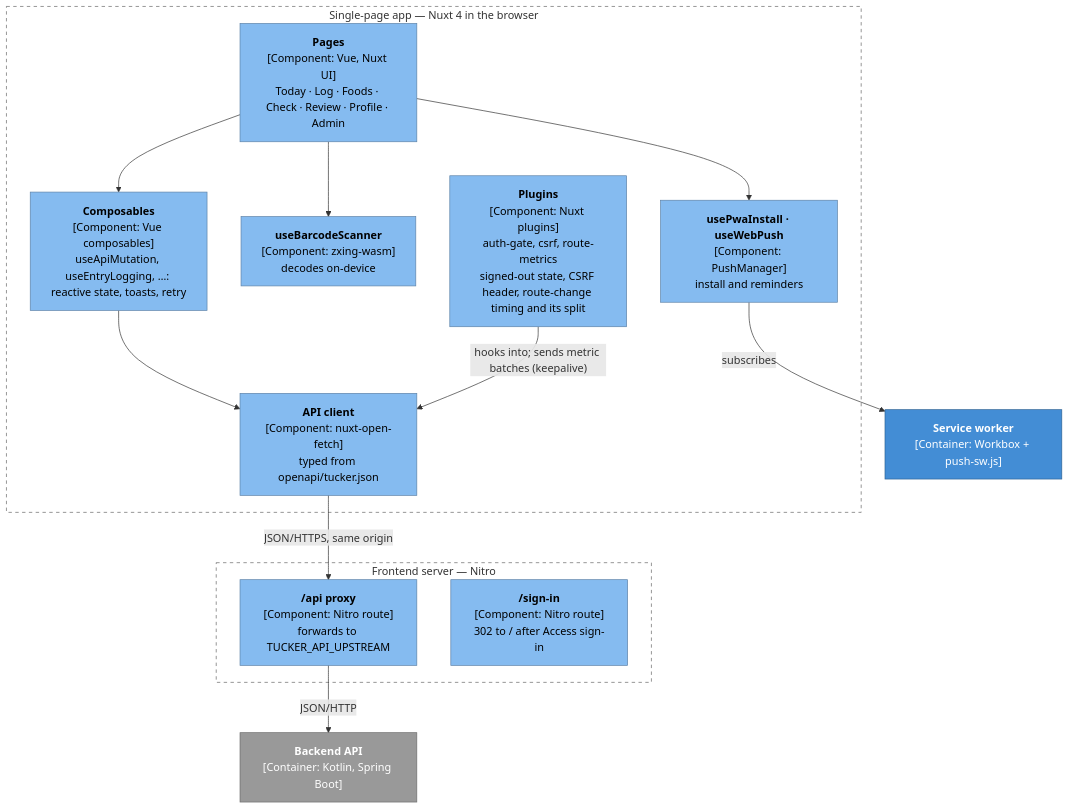
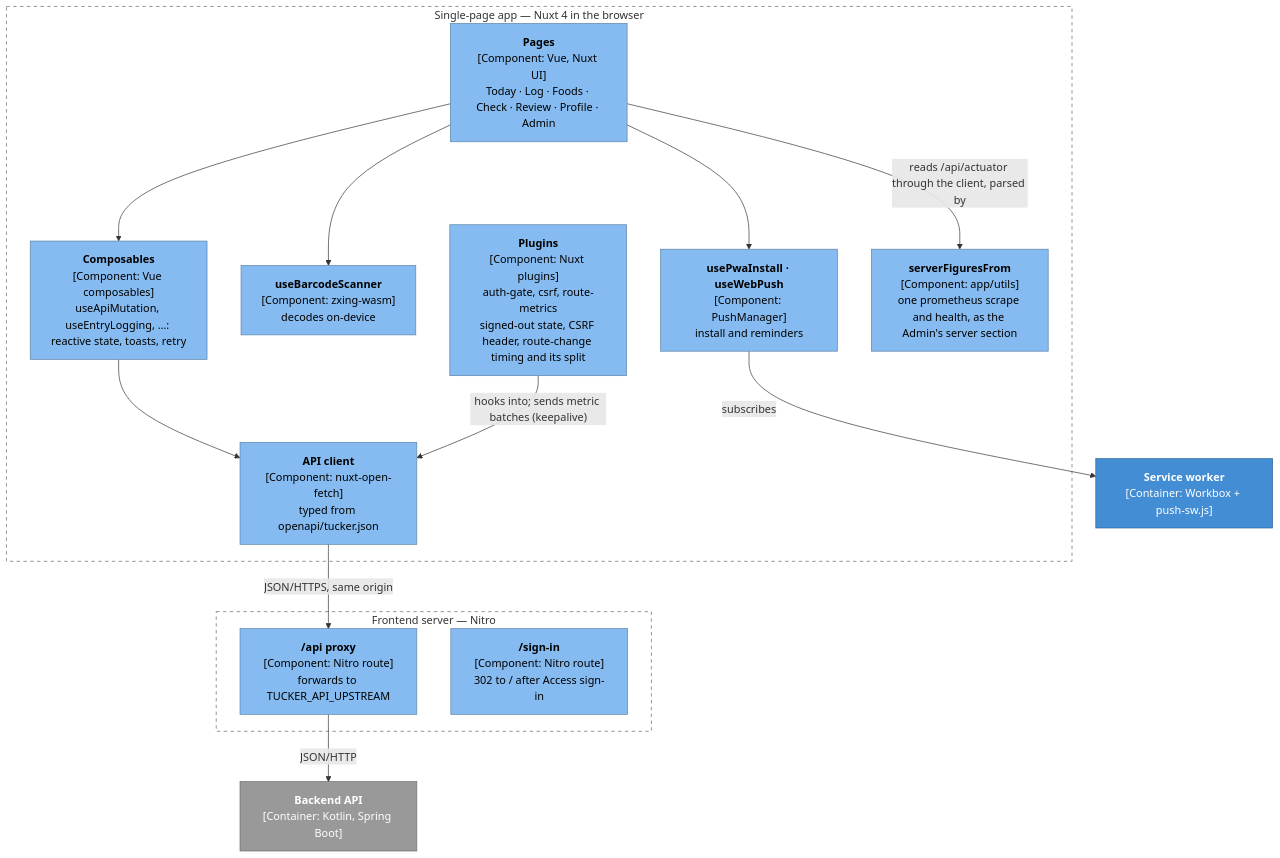
The eighth of 10 diagrams in docs/architecture.md (skrymer/tucker), drawn with Mermaid before and after one commit. The commit also changed other lines of this file and 31 other files, not shown here.

First line of the commit message:
F21 slice 7 (#524): the server section on /admin, from Actuator (#560)

````diff
--- a/docs/architecture.md
+++ b/docs/architecture.md
@@ -345,33 +348,35 @@
 ```mermaid
 flowchart TD
   subgraph spa["Single-page app — Nuxt 4 in the browser"]
     pages["<b>Pages</b><br/>[Component: Vue, Nuxt UI]<br/>Today · Log · Foods · Check · Review · Profile · Admin"]:::component
     composables["<b>Composables</b><br/>[Component: Vue composables]<br/>useApiMutation, useEntryLogging, …: reactive state, toasts, retry"]:::component
     scanner["<b>useBarcodeScanner</b><br/>[Component: zxing-wasm]<br/>decodes on-device"]:::component
     pwa["<b>usePwaInstall · useWebPush</b><br/>[Component: PushManager]<br/>install and reminders"]:::component
     plugins["<b>Plugins</b><br/>[Component: Nuxt plugins]<br/>auth-gate, csrf, route-metrics<br/>signed-out state, CSRF header, route-change timing and its split"]:::component
     client["<b>API client</b><br/>[Component: nuxt-open-fetch]<br/>typed from openapi/tucker.json"]:::component
+    figures["<b>serverFiguresFrom</b><br/>[Component: app/utils]<br/>one prometheus scrape and health, as the Admin's server section"]:::component
   end
   sw["<b>Service worker</b><br/>[Container: Workbox + push-sw.js]"]:::container
 
   subgraph nitro["Frontend server — Nitro"]
     proxy["<b>/api proxy</b><br/>[Component: Nitro route]<br/>forwards to TUCKER_API_UPSTREAM"]:::component
     signin["<b>/sign-in</b><br/>[Component: Nitro route]<br/>302 to / after Access sign-in"]:::component
   end
   api["<b>Backend API</b><br/>[Container: Kotlin, Spring Boot]"]:::ext
 
   pages --> composables
   pages --> scanner
   pages --> pwa
   composables --> client
+  pages -- "reads /api/actuator through the client, parsed by" --> figures
   plugins -- "hooks into; sends metric batches (keepalive)" --> client
   client -- "JSON/HTTPS, same origin" --> proxy
   proxy -- "JSON/HTTP" --> api
   pwa -- "subscribes" --> sw
 
   classDef component fill:#85bbf0,color:#000,stroke:#5d82a8
   classDef container fill:#438dd5,color:#fff,stroke:#2e6295
   classDef ext fill:#999,color:#fff,stroke:#6b6b6b
   style spa fill:none,stroke:#666,stroke-dasharray:5 5
   style nitro fill:none,stroke:#666,stroke-dasharray:5 5
 ```
````
